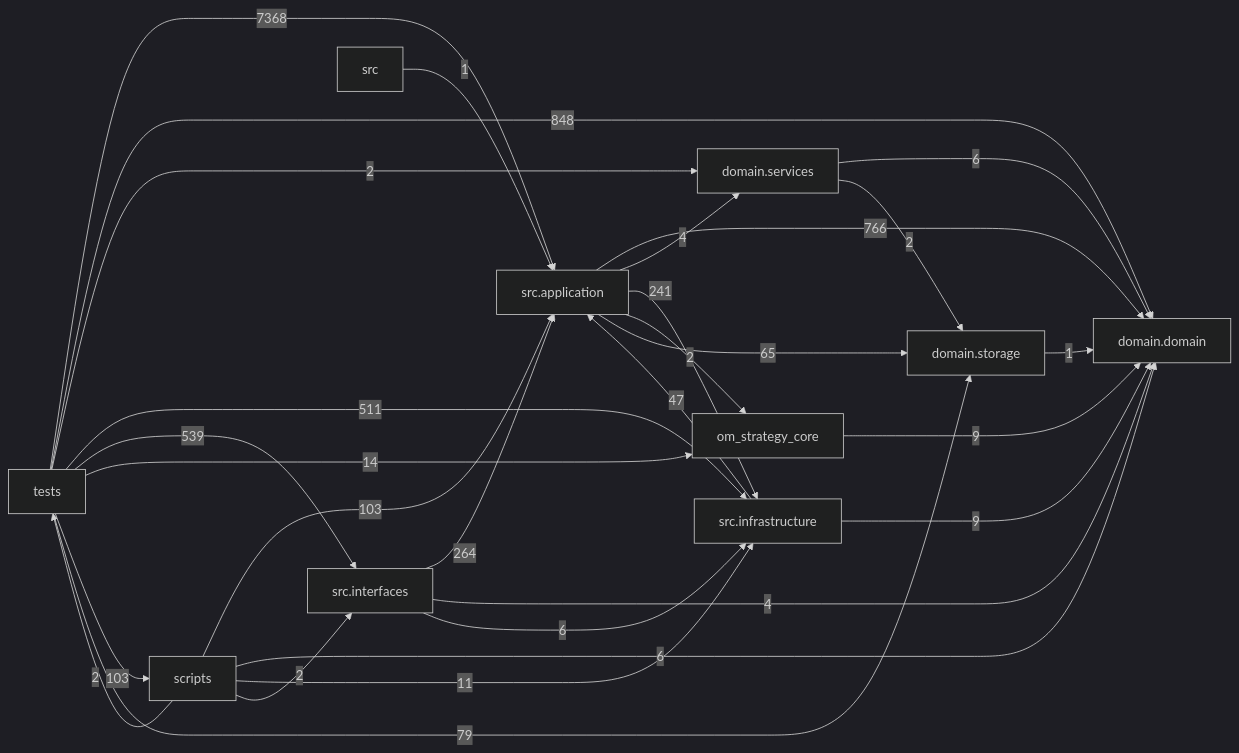
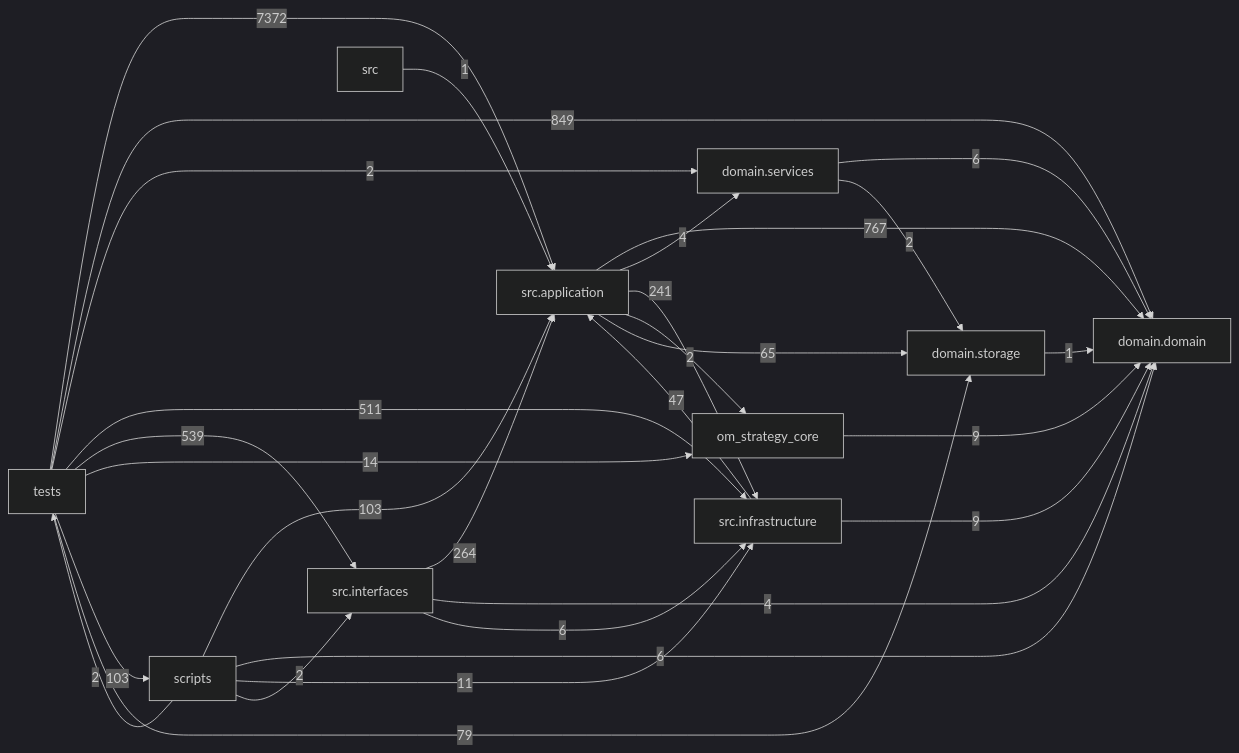
One commit to liuxie066/options-monitor changed the diagram in docs/DEPENDENCY_GRAPH.md. Above: the diagram before and after it, drawn with Mermaid (dark theme). The commit also changed other lines of this file and 10 other files, not shown here.

````diff
--- a/docs/DEPENDENCY_GRAPH.md
+++ b/docs/DEPENDENCY_GRAPH.md
@@ -24,39 +24,39 @@
 ```mermaid
 flowchart LR
   tests["tests"]
   scripts["scripts"]
   interfaces["src.interfaces"]
   application["src.application"]
   infrastructure["src.infrastructure"]
   domain_services["domain.services"]
   domain["domain.domain"]
   storage["domain.storage"]
-  application -->|766| domain
+  application -->|767| domain
   application -->|4| domain_services
   application -->|241| infrastructure
   application -->|2| om_strategy_core
   application -->|65| storage
   domain_services -->|6| domain
   domain_services -->|2| storage
   infrastructure -->|47| application
   infrastructure -->|9| domain
   interfaces -->|264| application
   interfaces -->|4| domain
   interfaces -->|6| infrastructure
   om_strategy_core -->|9| domain
   scripts -->|103| application
   scripts -->|6| domain
   scripts -->|11| infrastructure
   scripts -->|2| interfaces
   scripts -->|2| tests
   src -->|1| application
   storage -->|1| domain
-  tests -->|7368| application
-  tests -->|848| domain
+  tests -->|7372| application
+  tests -->|849| domain
   tests -->|2| domain_services
   tests -->|511| infrastructure
   tests -->|539| interfaces
   tests -->|14| om_strategy_core
   tests -->|103| scripts
   tests -->|79| storage
 ```
````
